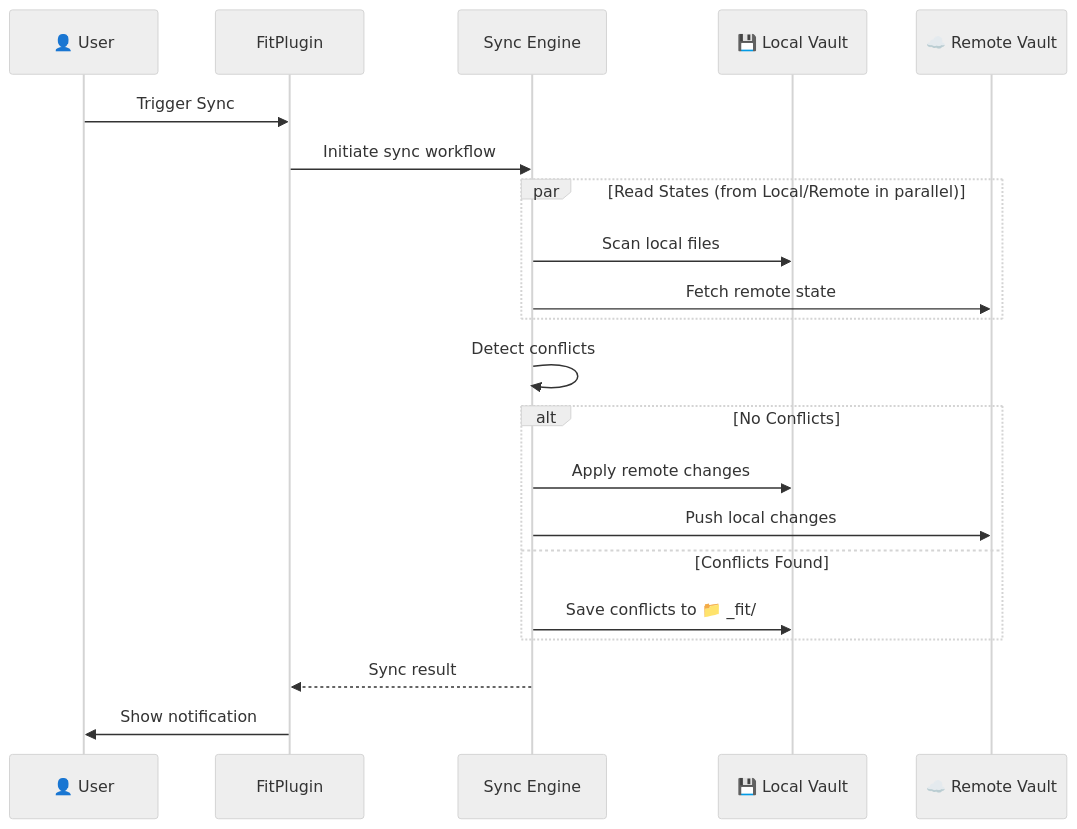
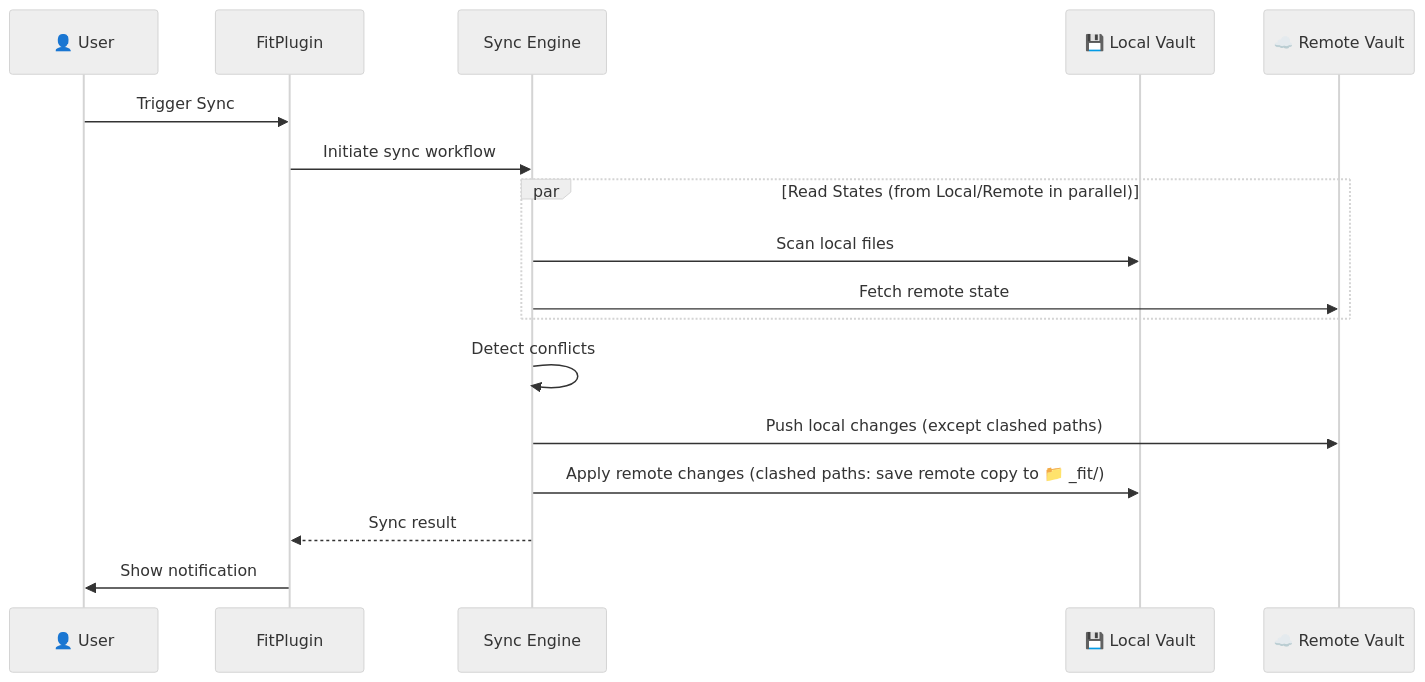
Before and after one commit to joshuakto/fit: the second of 2 diagrams in docs/architecture.md, drawn with Mermaid (neutral theme). The commit also changed other lines of this file and 12 other files, not shown here.

````diff
--- a/docs/architecture.md
+++ b/docs/architecture.md
@@ -113,28 +115,24 @@
 ```mermaid
 sequenceDiagram
     participant User as 👤 User
     participant Plugin as FitPlugin
     participant Sync as Sync Engine
     participant Local as 💾 Local Vault
     participant Remote as ☁️ Remote Vault
 
     User->>Plugin: Trigger Sync
     Plugin->>Sync: Initiate sync workflow
 
     par Read States (from Local/Remote in parallel)
         Sync->>Local: Scan local files
         Sync->>Remote: Fetch remote state
     end
 
     Sync->>Sync: Detect conflicts
 
-    alt No Conflicts
-        Sync->>Local: Apply remote changes
-        Sync->>Remote: Push local changes
-    else Conflicts Found
-        Sync->>Local: Save conflicts to 📁 _fit/
-    end
+    Sync->>Remote: Push local changes (except clashed paths)
+    Sync->>Local: Apply remote changes (clashed paths: save remote copy to 📁 _fit/)
 
     Sync-->>Plugin: Sync result
     Plugin->>User: Show notification
 ```
````
